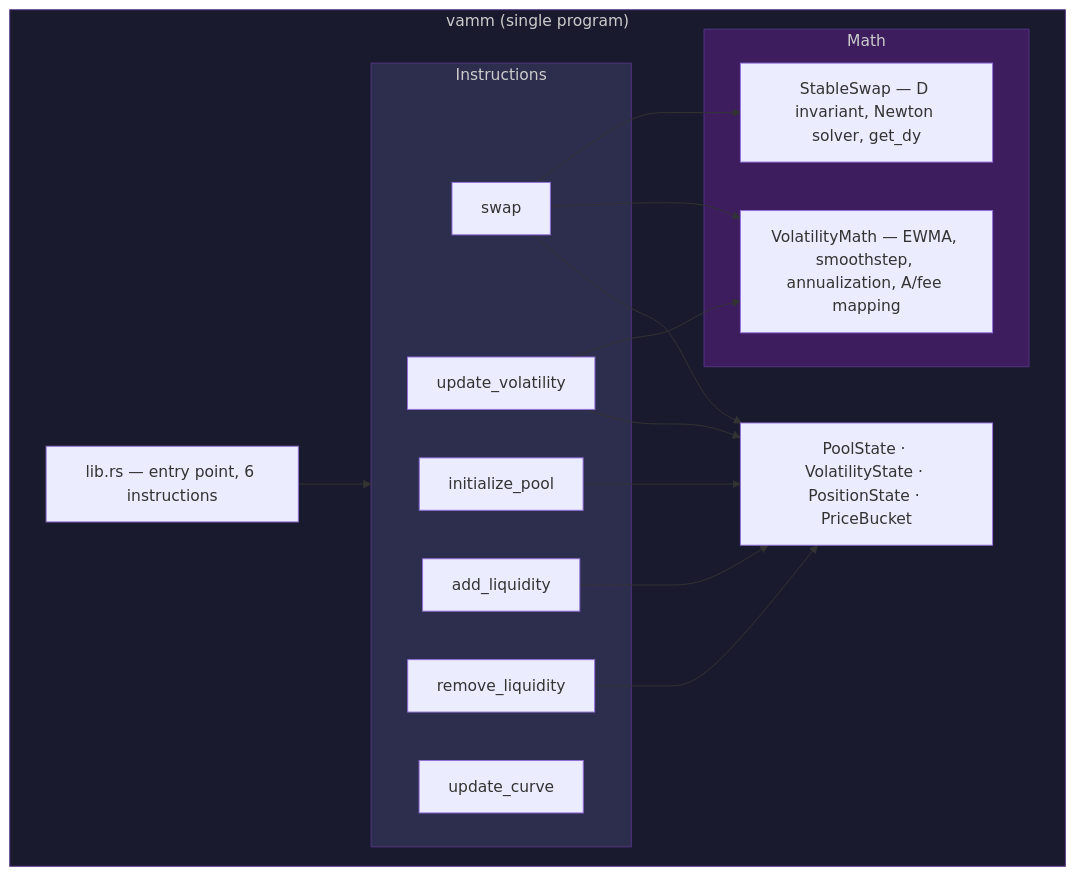
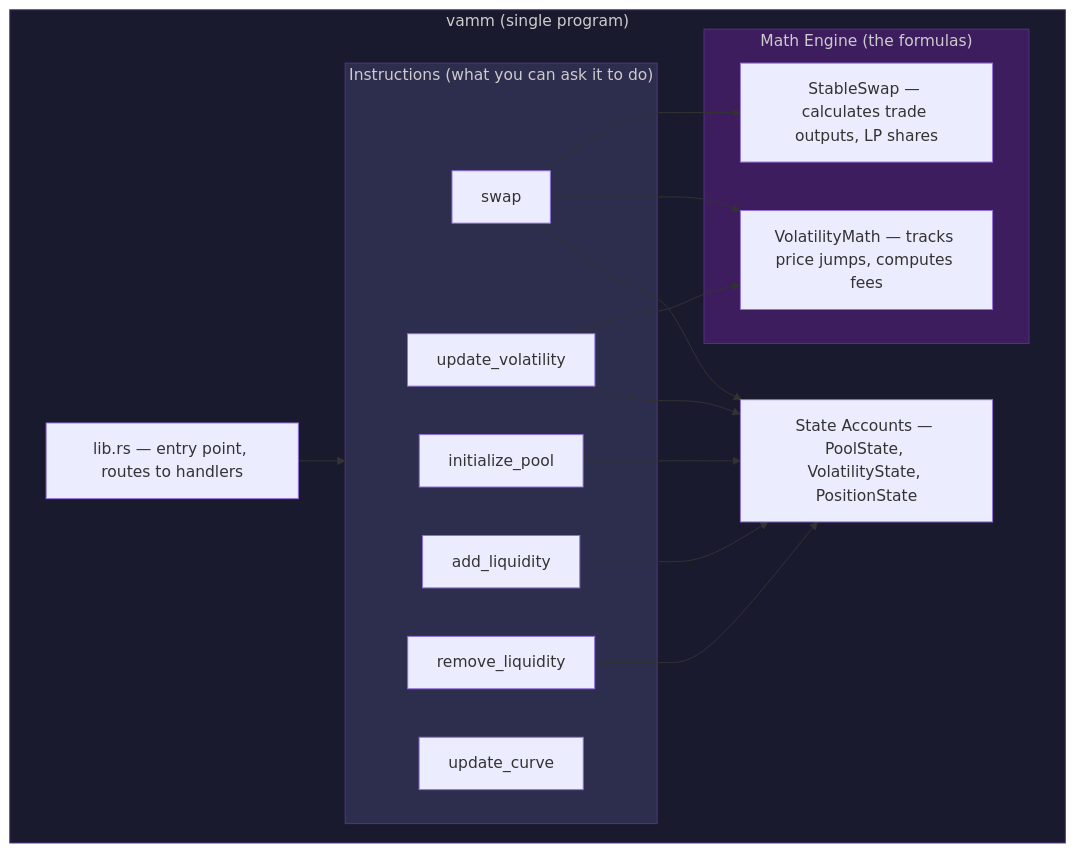
Before and after one commit to srivtx/vamm-capstone: the first of 6 diagrams in ARCHITECTURE.md, drawn with Mermaid. The commit also changed other lines of this file, not shown here.

Commit message:
rewrite architecture doc: explain every concept, beginner-friendly

````diff
--- a/ARCHITECTURE.md
+++ b/ARCHITECTURE.md
@@ -9,31 +17,31 @@
 ```mermaid
 graph TB
     subgraph PROGRAM["vamm (single program)"]
-        ENTRY["lib.rs — entry point, 6 instructions"]
+        ENTRY["lib.rs — entry point, routes to handlers"]
 
-        subgraph INST["Instructions"]
+        subgraph INST["Instructions (what you can ask it to do)"]
             I1["initialize_pool"]
             I2["swap"]
             I3["add_liquidity"]
             I4["remove_liquidity"]
             I5["update_volatility"]
             I6["update_curve"]
         end
 
-        subgraph MATH["Math"]
-            M1["StableSwap — D invariant, Newton solver, get_dy"]
-            M2["VolatilityMath — EWMA, smoothstep, annualization, A/fee mapping"]
+        subgraph MATH["Math Engine (the formulas)"]
+            M1["StableSwap — calculates trade outputs, LP shares"]
+            M2["VolatilityMath — tracks price jumps, computes fees"]
         end
 
-        STATE["PoolState · VolatilityState · PositionState · PriceBucket"]
+        STATE["State Accounts — PoolState, VolatilityState, PositionState"]
     end
 
     ENTRY --> INST
     I2 --> M1 & M2
     I5 --> M2
     I1 & I2 & I3 & I4 & I5 --> STATE
 
     style PROGRAM fill:#1a1a2e,stroke:#533483,color:#ccc
     style INST fill:#2d2d4e,stroke:#533483,color:#ccc
     style MATH fill:#3d1d5e,stroke:#533483,color:#ccc
 ```
````
